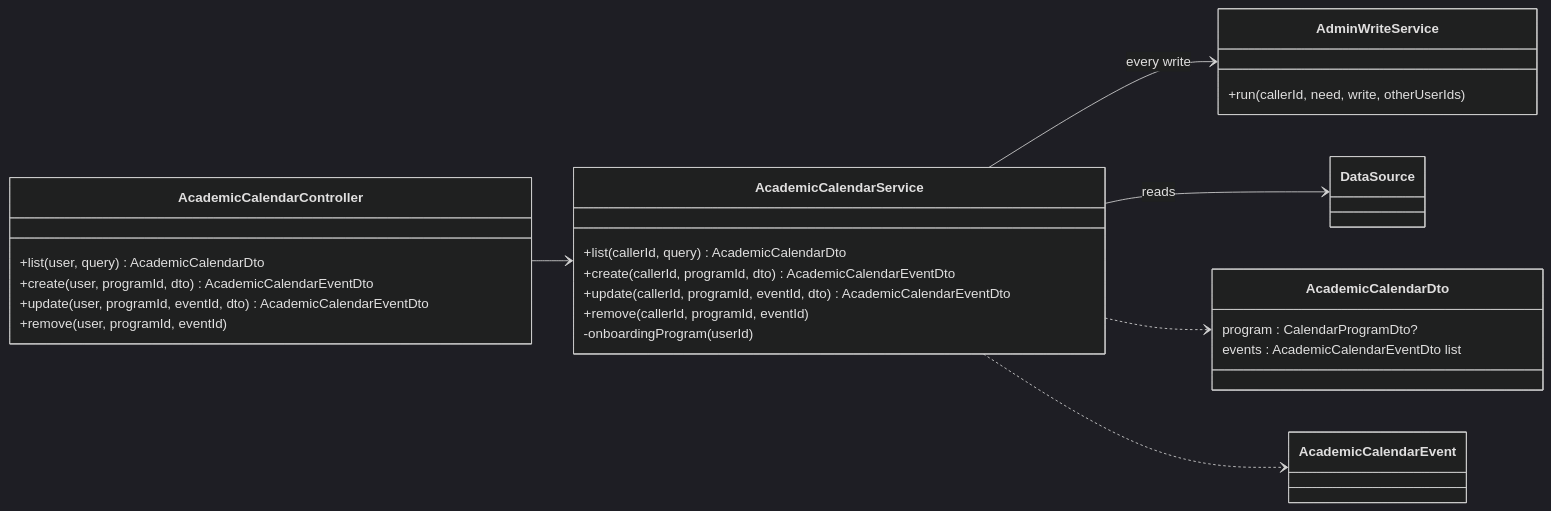
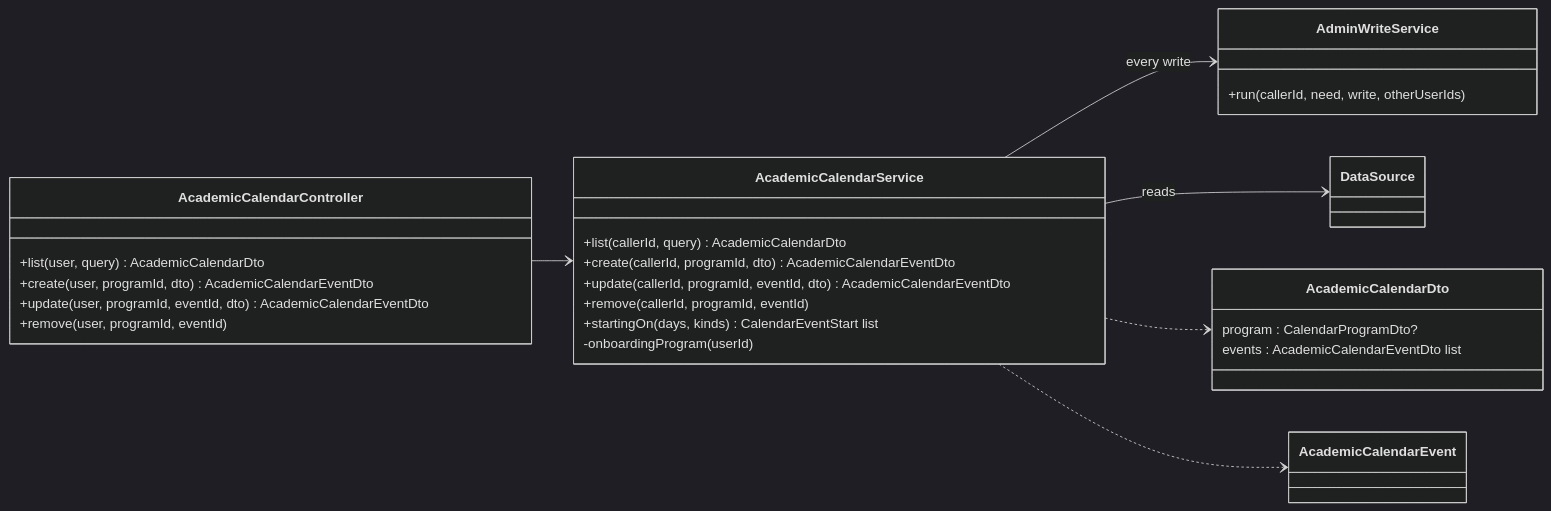
Diagram 16 of 17 in docs/analysis-and-design/class-model.md (LLaammTTeerr/omnicourses), drawn with Mermaid (dark theme) before and after one commit. The commit also changed other lines of this file and 39 other files, not shown here.

````diff
--- a/docs/analysis-and-design/class-model.md
+++ b/docs/analysis-and-design/class-model.md
@@ -1145,31 +1190,32 @@
 ```mermaid
 classDiagram
     direction LR
     class AcademicCalendarController {
         +list(user, query) AcademicCalendarDto
         +create(user, programId, dto) AcademicCalendarEventDto
         +update(user, programId, eventId, dto) AcademicCalendarEventDto
         +remove(user, programId, eventId)
     }
     class AcademicCalendarService {
         +list(callerId, query) AcademicCalendarDto
         +create(callerId, programId, dto) AcademicCalendarEventDto
         +update(callerId, programId, eventId, dto) AcademicCalendarEventDto
         +remove(callerId, programId, eventId)
+        +startingOn(days, kinds) CalendarEventStart list
         -onboardingProgram(userId)
     }
     class AcademicCalendarDto {
         program : CalendarProgramDto?
         events : AcademicCalendarEventDto list
     }
     class AdminWriteService {
         +run(callerId, need, write, otherUserIds)
     }
     AcademicCalendarController --> AcademicCalendarService
     AcademicCalendarService --> AdminWriteService : every write
     AcademicCalendarService --> DataSource : reads
     AcademicCalendarService ..> AcademicCalendarDto
     AcademicCalendarService ..> AcademicCalendarEvent
     class DataSource
     class AcademicCalendarEvent
 ```
````
